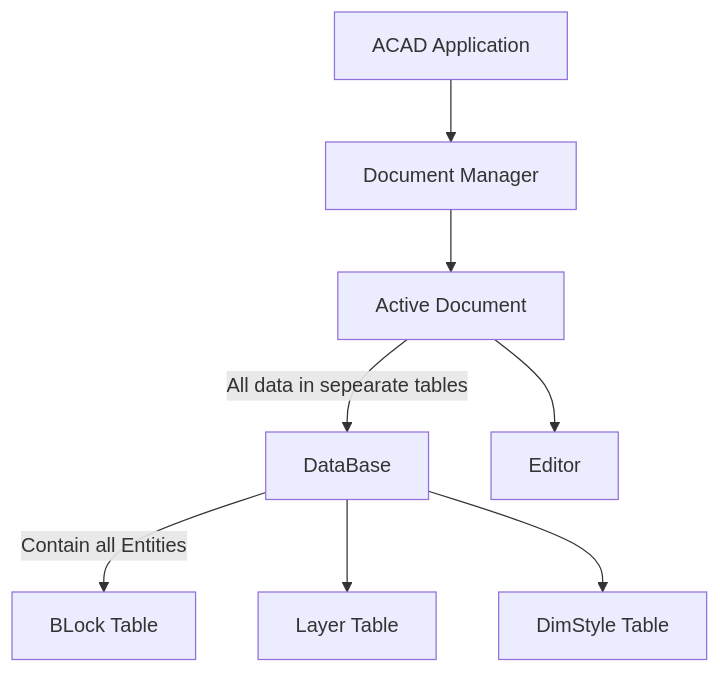
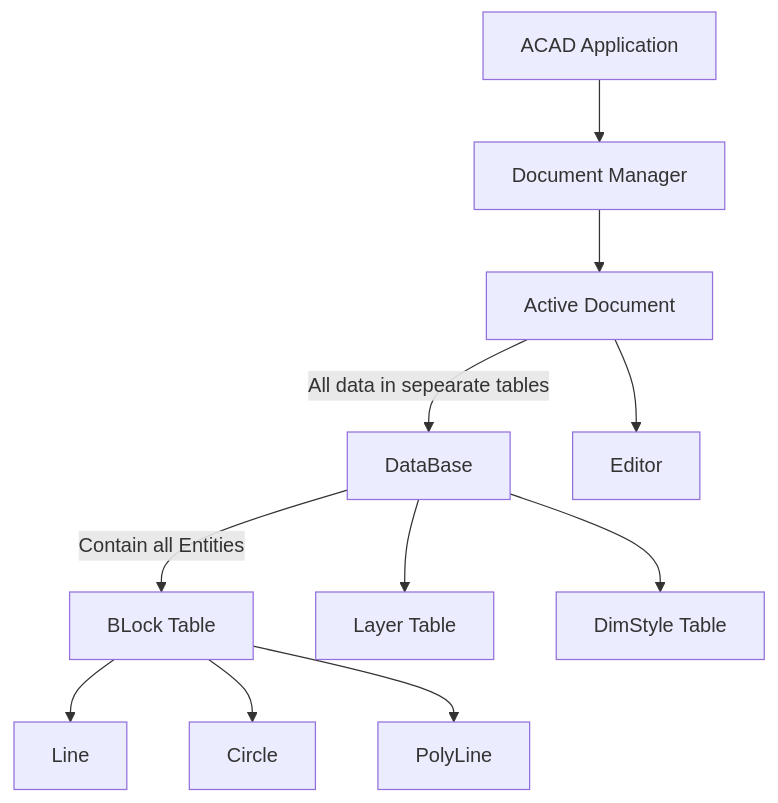
One commit to NodesAutomations/CSharp changed the diagram in Autocad/Doc/AutoCAD Object Model.md. Above: the diagram before and after it, drawn with Mermaid.

Commit message:
Update AutoCAD Object Model.md

````diff
--- a/Autocad/Doc/AutoCAD Object Model.md
+++ b/Autocad/Doc/AutoCAD Object Model.md
@@ -2,10 +2,13 @@
 ```mermaid
 graph TD
 A[ACAD Application]-->B[Document Manager]
 B-->C[Active Document]
 C-->|All data in sepearate tables|D[DataBase]
 C-->E[Editor]
 D-->|Contain all Entities|F[BLock Table]
 D-->G[Layer Table]
 D-->H[DimStyle Table]
+F-->F1[Line]
+F-->F2[Circle]
+F-->F3[PolyLine]
 ```
````
